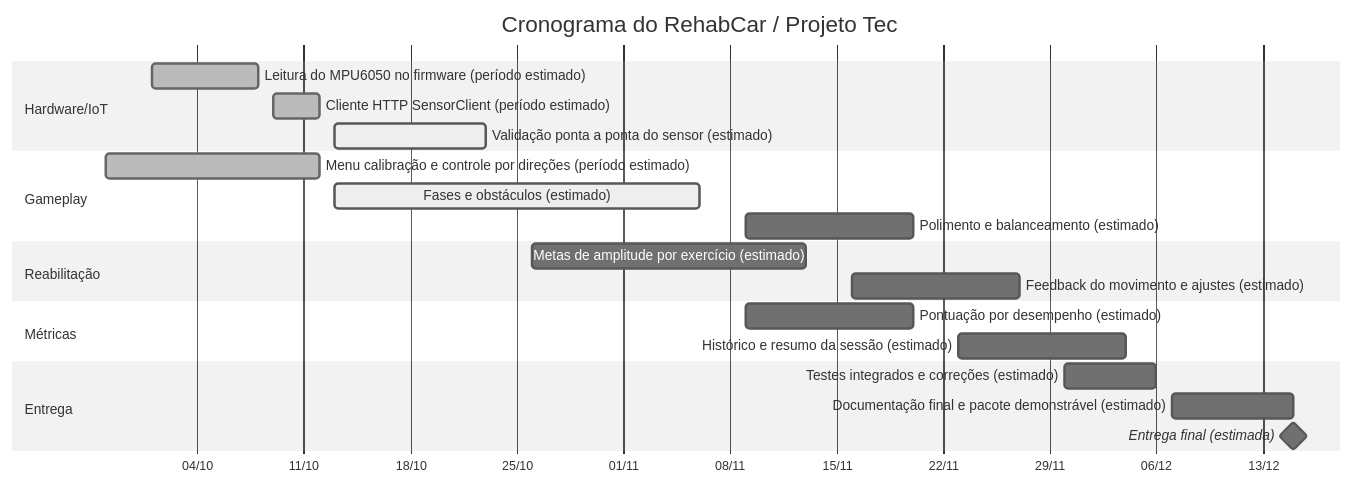
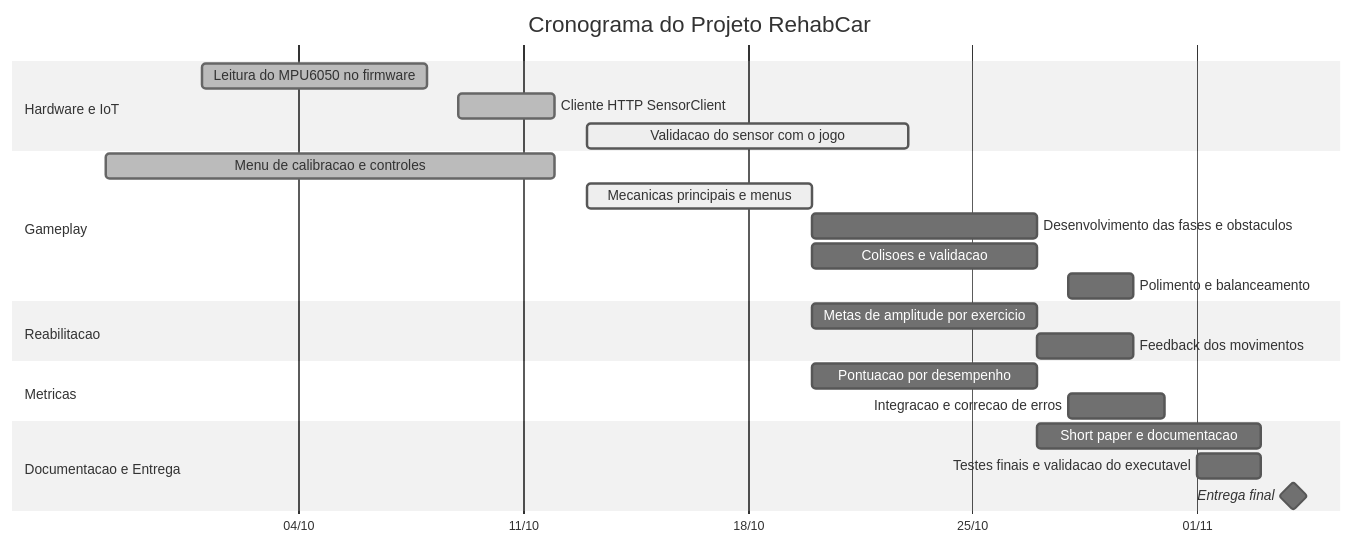
One commit to bragatto-tec/proj_gametec changed the diagram in CRONOGRAMA.md. Above: the diagram before and after it, drawn with Mermaid (neutral theme). The commit also changed other lines of this file, not shown here.

Commit message:
docs: adiciona cronograma do projeto

````diff
--- a/CRONOGRAMA.md
+++ b/CRONOGRAMA.md
@@ -5,29 +12,32 @@
 ```mermaid
 gantt
-    title Cronograma do RehabCar / Projeto Tec
+    title Cronograma do Projeto RehabCar
     dateFormat YYYY-MM-DD
     axisFormat %d/%m
+    tickInterval 1week
 
-    section Hardware/IoT
-    Leitura do MPU6050 no firmware (período estimado) :done, hw_mpu6050, 2026-10-01, 2026-10-08
-    Cliente HTTP SensorClient (período estimado) :done, hw_sensorclient, 2026-10-09, 2026-10-12
-    Validação ponta a ponta do sensor (estimado) :active, hw_validacao, 2026-10-13, 2026-10-23
+    section Hardware e IoT
+    Leitura do MPU6050 no firmware :done, hw1, 2026-10-01, 2026-10-08
+    Cliente HTTP SensorClient :done, hw2, 2026-10-09, 2026-10-12
+    Validacao do sensor com o jogo :active, hw3, 2026-10-13, 2026-10-23
 
     section Gameplay
-    Menu calibração e controle por direções (período estimado) :done, game_base, 2026-09-28, 2026-10-12
-    Fases e obstáculos (estimado) :active, game_fases, 2026-10-13, 2026-11-06
-    Polimento e balanceamento (estimado) :game_polimento, 2026-11-09, 2026-11-20
+    Menu de calibracao e controles :done, gp1, 2026-09-28, 2026-10-12
+    Mecanicas principais e menus :active, gp2, 2026-10-13, 2026-10-20
+    Desenvolvimento das fases e obstaculos :gp3, 2026-10-20, 2026-10-27
+    Colisoes e validacao :gp4, 2026-10-20, 2026-10-27
+    Polimento e balanceamento :gp5, 2026-10-28, 2026-10-30
 
-    section Reabilitação
-    Metas de amplitude por exercício (estimado) :rehab_metas, 2026-10-26, 2026-11-13
-    Feedback do movimento e ajustes (estimado) :rehab_feedback, 2026-11-16, 2026-11-27
+    section Reabilitacao
+    Metas de amplitude por exercicio :reh1, 2026-10-20, 2026-10-27
+    Feedback dos movimentos :reh2, 2026-10-27, 2026-10-30
 
-    section Métricas
-    Pontuação por desempenho (estimado) :metricas_pontuacao, 2026-11-09, 2026-11-20
-    Histórico e resumo da sessão (estimado) :metricas_historico, 2026-11-23, 2026-12-04
+    section Metricas
+    Pontuacao por desempenho :met1, 2026-10-20, 2026-10-27
+    Integracao e correcao de erros :met2, 2026-10-28, 2026-10-31
 
-    section Entrega
-    Testes integrados e correções (estimado) :entrega_testes, 2026-11-30, 2026-12-06
-    Documentação final e pacote demonstrável (estimado) :entrega_docs, 2026-12-07, 2026-12-15
-    Entrega final (estimada) :milestone, entrega_final, 2026-12-15, 0d
+    section Documentacao e Entrega
+    Short paper e documentacao :doc1, 2026-10-27, 2026-11-03
+    Testes finais e validacao do executavel :test1, 2026-11-01, 2026-11-03
+    Entrega final :milestone, entrega, 2026-11-04, 0d
 ```
````
